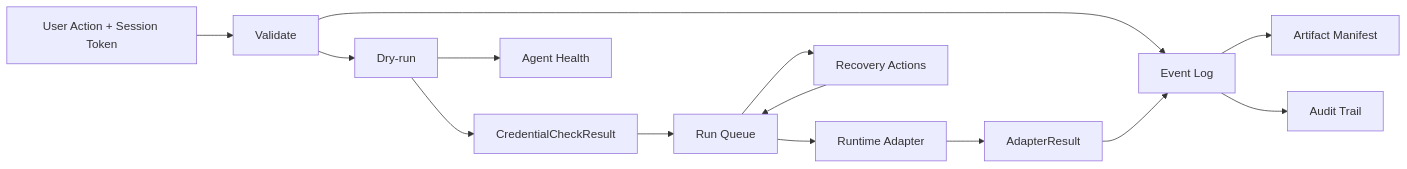
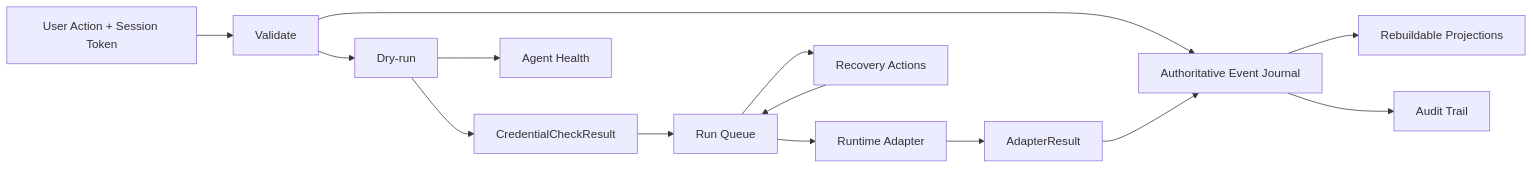
Before and after one commit to haozhangyue/miracle-agent: the seventh of 7 diagrams in 14_技术架构选型与系统架构图.md, drawn with Mermaid. The commit also changed other lines of this file and 20 other files, not shown here.

````diff
--- a/14_技术架构选型与系统架构图.md
+++ b/14_技术架构选型与系统架构图.md
@@ -331,25 +336,25 @@
 ```mermaid
 flowchart LR
   Action["User Action + Session Token"]
   Validate["Validate"]
   DryRun["Dry-run"]
   Credential["CredentialCheckResult"]
   Queue["Run Queue"]
   Adapter["Runtime Adapter"]
   AgentRun["AdapterResult"]
 
-  Event["Event Log"]
+  Event["Authoritative Event Journal"]
   Health["Agent Health"]
   Recovery["Recovery Actions"]
   Audit["Audit Trail"]
-  Manifest["Artifact Manifest"]
+  Manifest["Rebuildable Projections"]
 
   Action --> Validate --> DryRun --> Credential --> Queue --> Adapter --> AgentRun
   Validate --> Event
   DryRun --> Health
   Queue --> Recovery
   AgentRun --> Event
   Event --> Manifest
   Event --> Audit
   Recovery --> Queue
 ```
````
